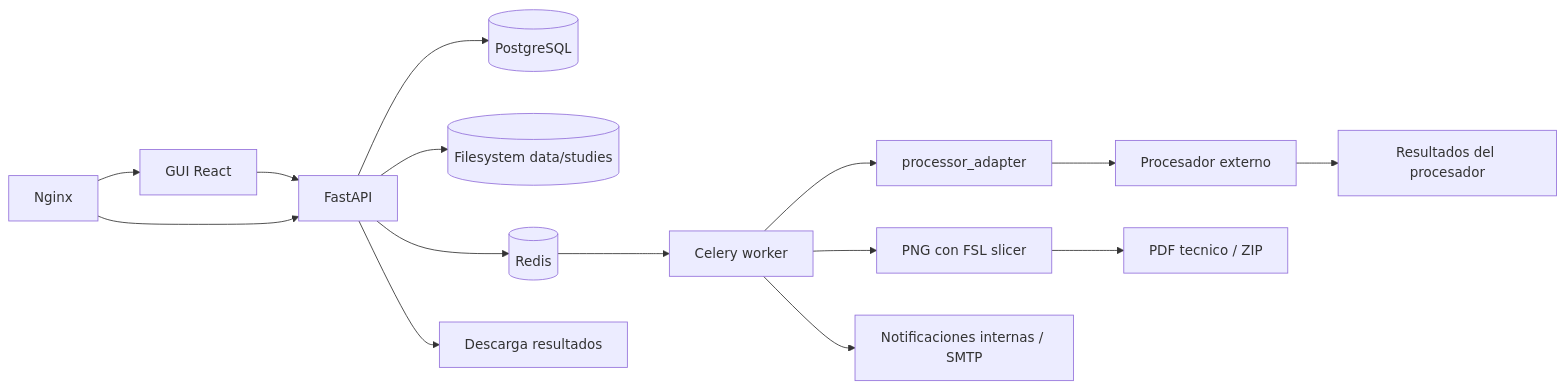
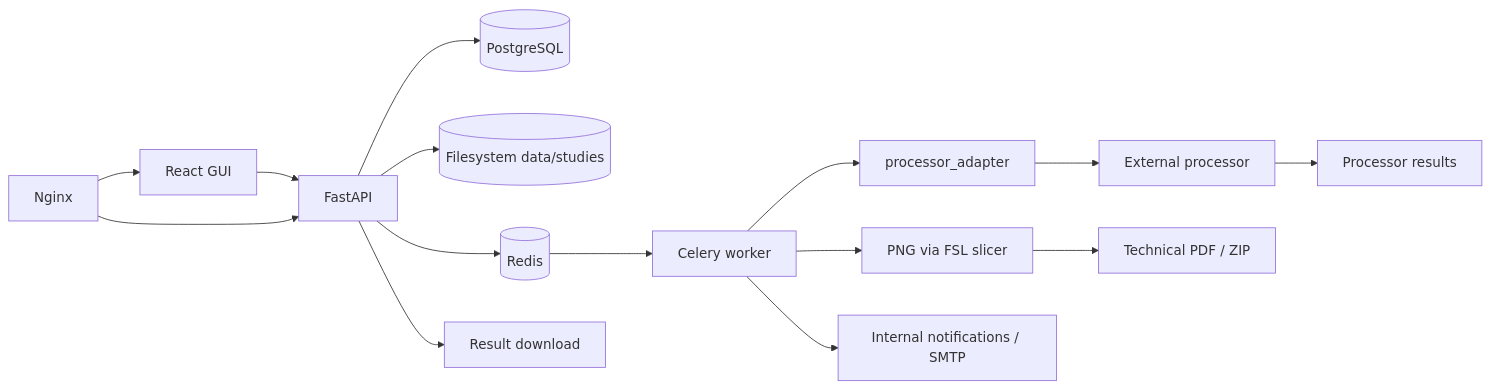
Before and after one commit to compneurobilbao/stroke-server-biobizkaia: the diagram in README.md, drawn with Mermaid. The commit also changed other lines of this file and 24 other files, not shown here.

````diff
--- a/README.md
+++ b/README.md
@@ -11,17 +13,17 @@
 ```mermaid
 flowchart LR
-  GUI[GUI React] --> API[FastAPI]
+  GUI[React GUI] --> API[FastAPI]
   API --> DB[(PostgreSQL)]
   API --> FS[(Filesystem data/studies)]
   API --> Redis[(Redis)]
   Redis --> Worker[Celery worker]
   Worker --> Adapter[processor_adapter]
-  Adapter --> CLI[Procesador externo]
-  CLI --> Outputs[Resultados del procesador]
-  Worker --> Render[PNG con FSL slicer]
-  Render --> Artifacts[PDF tecnico / ZIP]
-  Worker --> Notify[Notificaciones internas / SMTP]
-  API --> Download[Descarga resultados]
+  Adapter --> CLI[External processor]
+  CLI --> Outputs[Processor results]
+  Worker --> Render[PNG via FSL slicer]
+  Render --> Artifacts[Technical PDF / ZIP]
+  Worker --> Notify[Internal notifications / SMTP]
+  API --> Download[Result download]
   Proxy[Nginx] --> GUI
   Proxy --> API
 ```
````
